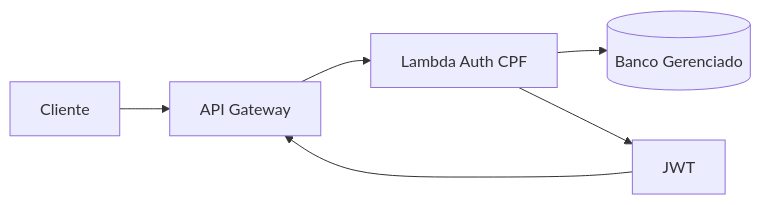
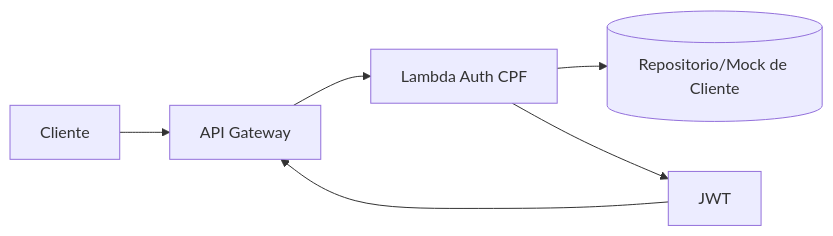
Before and after one commit to Zainequeiros/autoservice-lambda-auth: the diagram in README.md, drawn with Mermaid. The commit also changed other lines of this file and 7 other files, not shown here.

````diff
--- a/README.md
+++ b/README.md
@@ -75,8 +153,8 @@
 ```mermaid
 flowchart LR
   Client[Cliente] --> APIGW[API Gateway]
   APIGW --> Lambda[Lambda Auth CPF]
-  Lambda --> DB[(Banco Gerenciado)]
+  Lambda --> Repo[(Repositorio/Mock de Cliente)]
   Lambda --> JWT[JWT]
   JWT --> APIGW
 ```
````
